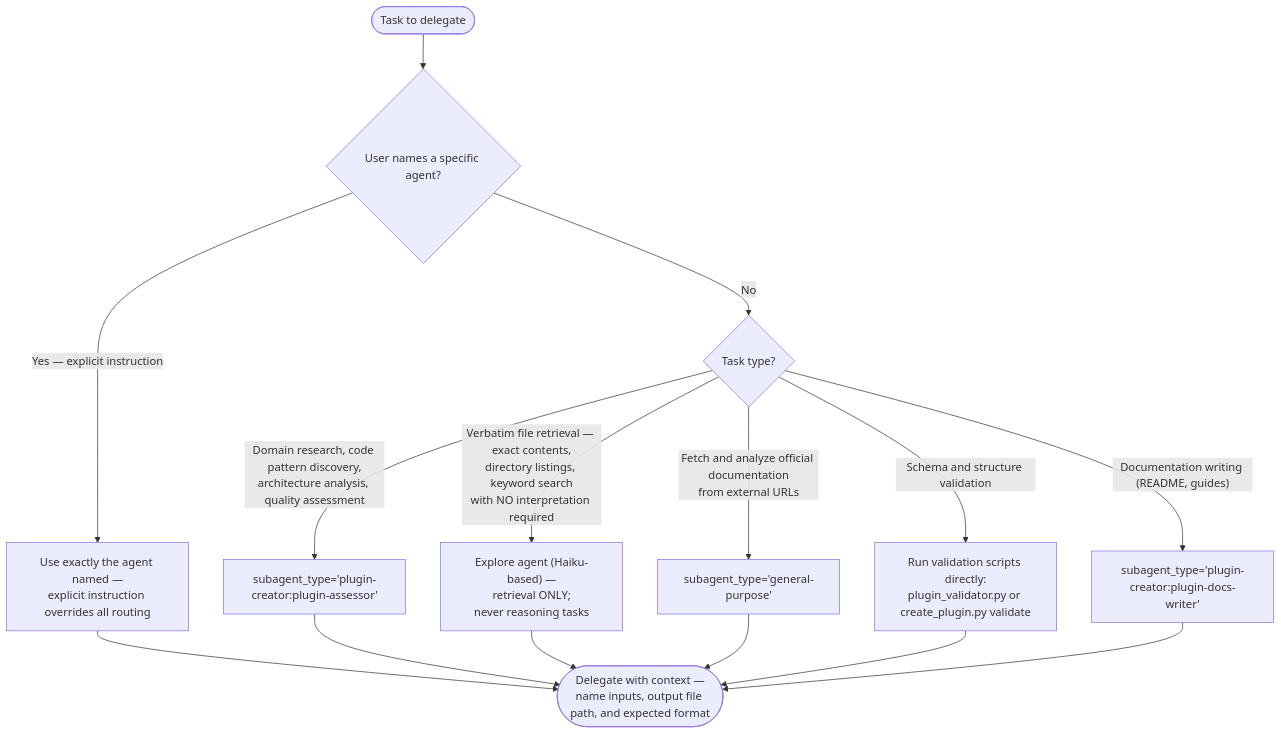
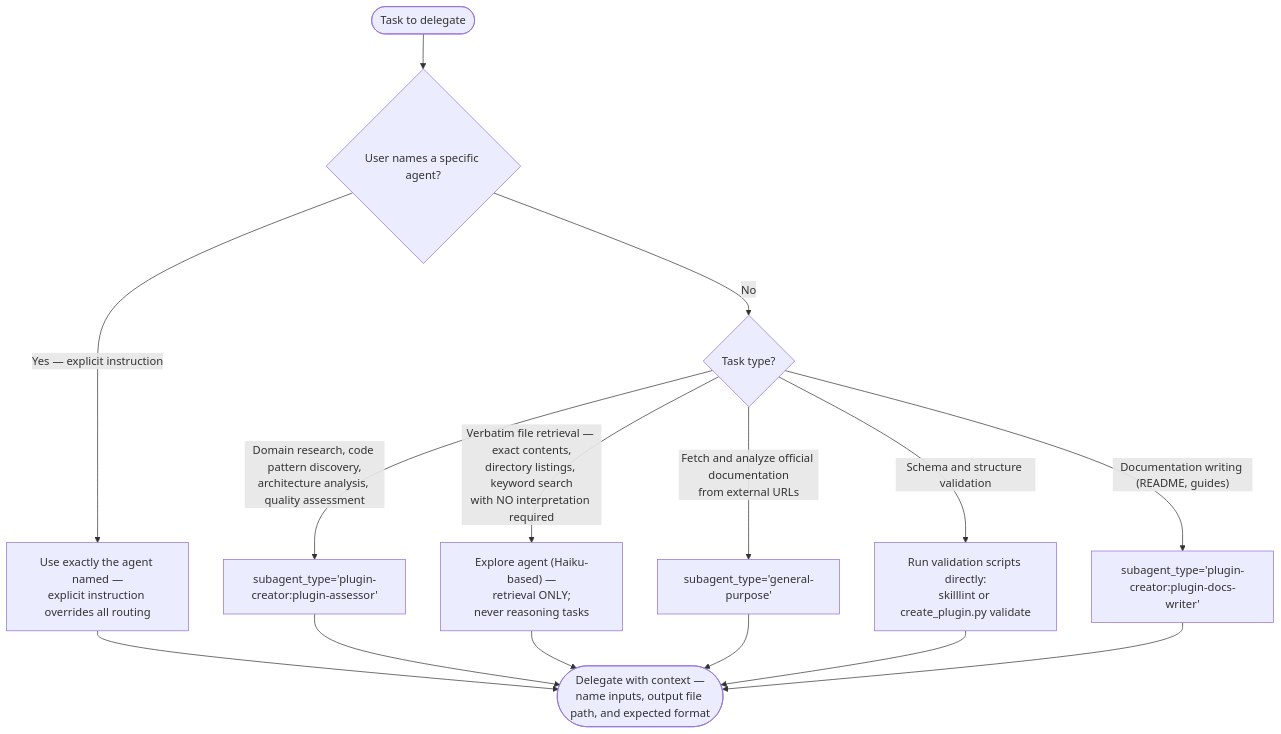
Before and after one commit to chgreer1070/claude_skills: the tenth of 11 diagrams in plugins/plugin-creator/skills/plugin-creator/references/workflow-diagram.md, drawn with Mermaid. The commit also changed other lines of this file and 48 other files, not shown here.

First line of the commit message:
refactor(migration): replace plugin_validator.py with uvx skilllint@latest

````diff
--- a/plugins/plugin-creator/skills/plugin-creator/references/workflow-diagram.md
+++ b/plugins/plugin-creator/skills/plugin-creator/references/workflow-diagram.md
@@ -235,25 +235,25 @@
 ```mermaid
 flowchart TD
     Start(["Task to delegate"]) --> Q1{"User names a specific agent?"}
 
     Q1 -->|"Yes — explicit instruction"| Override["Use exactly the agent named —<br>explicit instruction overrides all routing"]
 
     Q1 -->|"No"| Q2{"Task type?"}
 
     Q2 -->|"Domain research, code pattern discovery,<br>architecture analysis, quality assessment"| Assessor["subagent_type='plugin-creator:plugin-assessor'"]
 
     Q2 -->|"Verbatim file retrieval — exact contents,<br>directory listings, keyword search<br>with NO interpretation required"| Explore["Explore agent (Haiku-based) —<br>retrieval ONLY;<br>never reasoning tasks"]
 
     Q2 -->|"Fetch and analyze official documentation<br>from external URLs"| GP["subagent_type='general-purpose'"]
 
-    Q2 -->|"Schema and structure validation"| Scripts["Run validation scripts directly:<br>plugin_validator.py or create_plugin.py validate"]
+    Q2 -->|"Schema and structure validation"| Scripts["Run validation scripts directly:<br>skilllint or create_plugin.py validate"]
 
     Q2 -->|"Documentation writing (README, guides)"| Docs["subagent_type='plugin-creator:plugin-docs-writer'"]
 
     Override --> Delegate(["Delegate with context —<br>name inputs, output file path, and expected format"])
     Assessor --> Delegate
     Explore --> Delegate
     GP --> Delegate
     Scripts --> Delegate
     Docs --> Delegate
 ```
````
